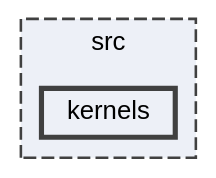
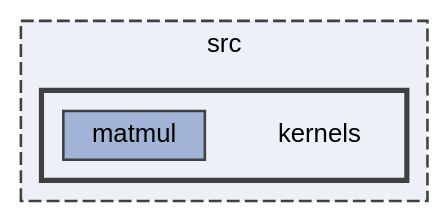
Before and after one commit to Shad00Z/machine-learning-compilers: the diagram in dir_40856f0cdd4bcafd28810d9265a200f7_dep.dot, drawn with Graphviz. The commit also changed 43 other files, not shown here.

```diff
--- a/dir_40856f0cdd4bcafd28810d9265a200f7_dep.dot
+++ b/dir_40856f0cdd4bcafd28810d9265a200f7_dep.dot
@@ -1,12 +1,16 @@
 digraph "/home/runner/work/machine-learning-compilers/machine-learning-compilers/src/kernels"
 {
  // LATEX_PDF_SIZE
   bgcolor="transparent";
   edge [fontname=Helvetica,fontsize=10,labelfontname=Helvetica,labelfontsize=10];
   node [fontname=Helvetica,fontsize=10,shape=box,height=0.2,width=0.4];
   compound=true
   subgraph clusterdir_68267d1309a1af8e8297ef4c3efbcdba {
     graph [ bgcolor="#edf0f7", pencolor="grey25", label="src", fontname=Helvetica,fontsize=10 style="filled,dashed", URL="dir_68267d1309a1af8e8297ef4c3efbcdba.html",tooltip=""]
-  dir_40856f0cdd4bcafd28810d9265a200f7 [label="kernels", fillcolor="#edf0f7", color="grey25", style="filled,bold", URL="dir_40856f0cdd4bcafd28810d9265a200f7.html",tooltip=""];
+  subgraph clusterdir_40856f0cdd4bcafd28810d9265a200f7 {
+    graph [ bgcolor="#edf0f7", pencolor="grey25", label="", fontname=Helvetica,fontsize=10 style="filled,bold", URL="dir_40856f0cdd4bcafd28810d9265a200f7.html",tooltip=""]
+    dir_40856f0cdd4bcafd28810d9265a200f7 [shape=plaintext, label="kernels"];
+  dir_fd47011a3c6b8238c82e241c135b8246 [label="matmul", fillcolor="#a2b4d6", color="grey25", style="filled", URL="dir_fd47011a3c6b8238c82e241c135b8246.html",tooltip=""];
+  }
   }
 }
```
